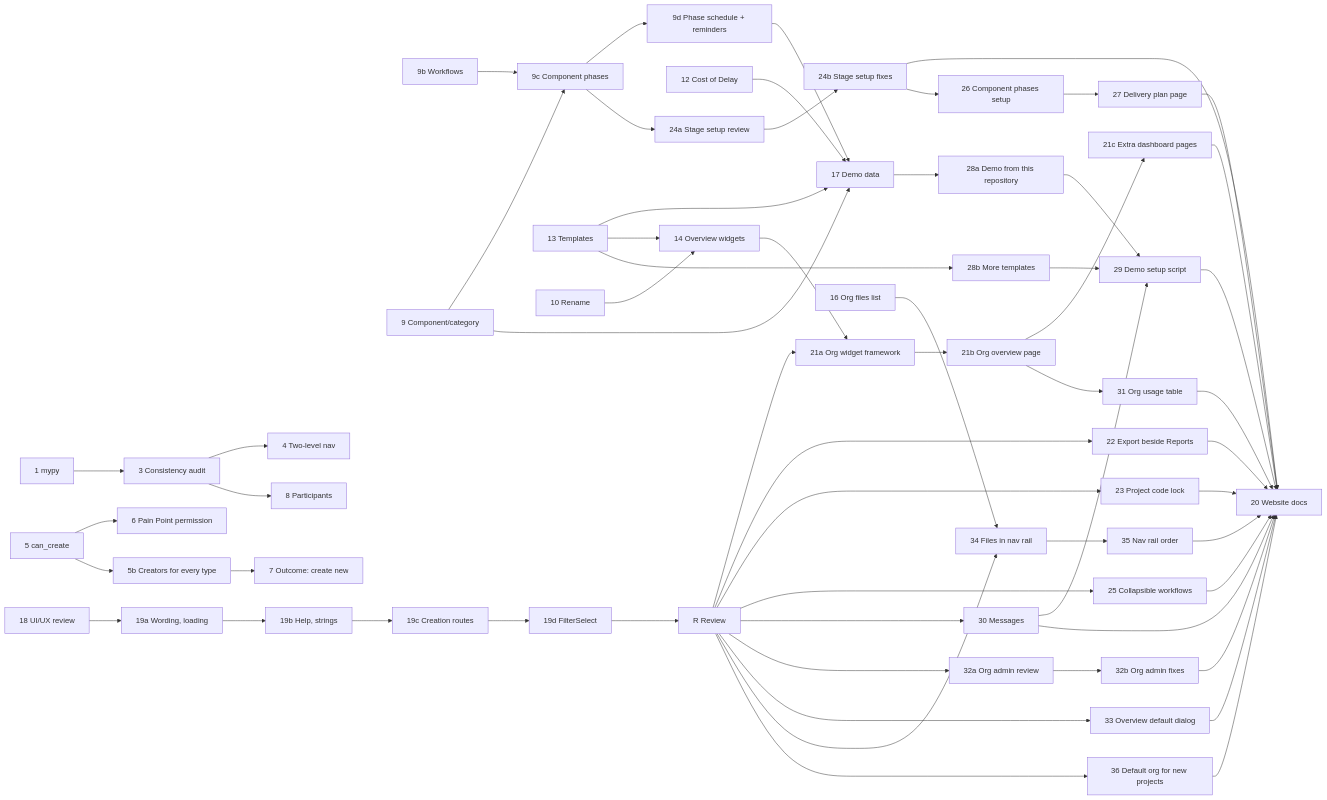
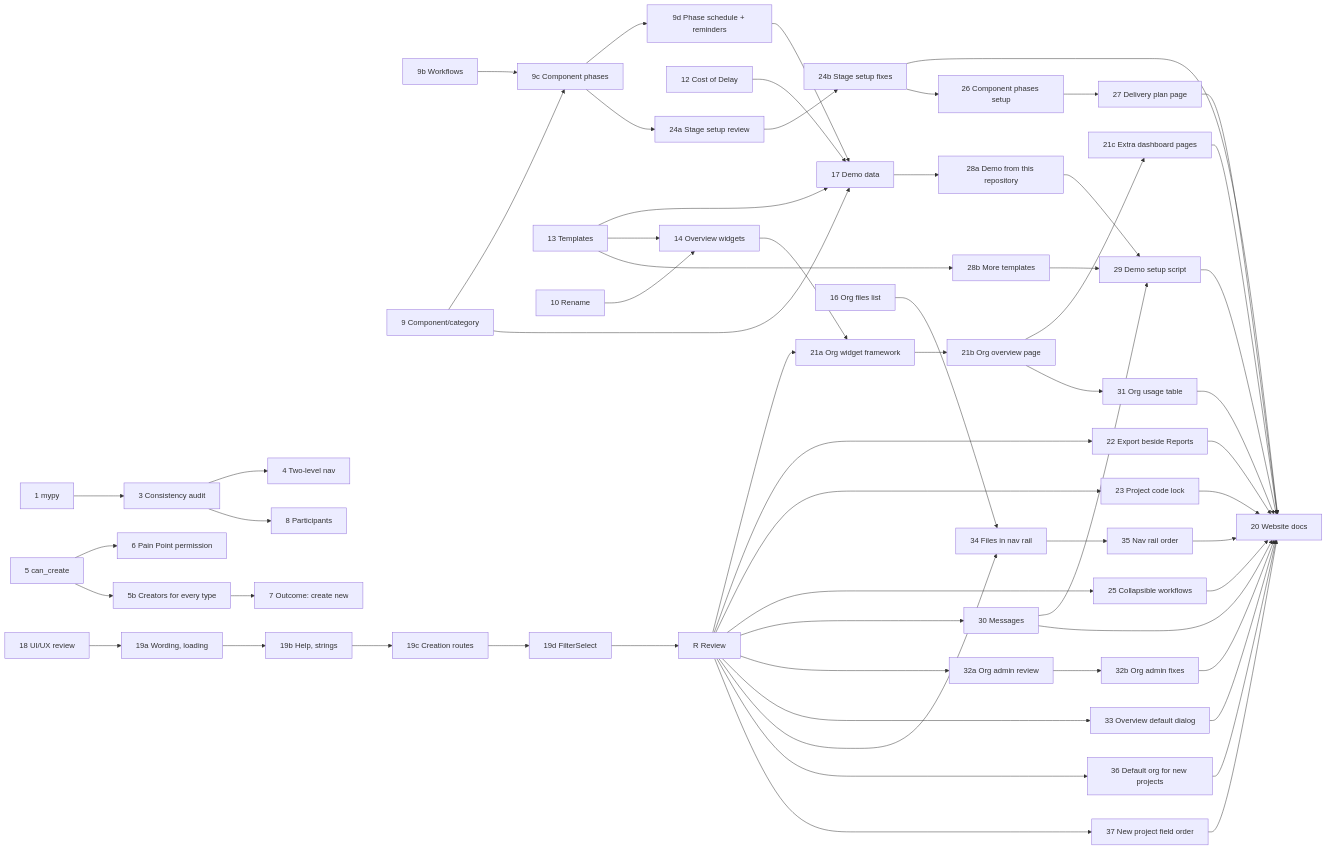
One commit to ballardr/reqtrackmanager changed the diagram in docs/plans/platform-review-2026-11-plan.md. Above: the diagram before and after it, drawn with Mermaid. The commit also changed other lines of this file and 6 other files, not shown here.

````diff
--- a/docs/plans/platform-review-2026-11-plan.md
+++ b/docs/plans/platform-review-2026-11-plan.md
@@ -64,61 +65,63 @@
 ```mermaid
 flowchart LR
     P1["1 mypy"] --> P3["3 Consistency audit"]
     P3 --> P4["4 Two-level nav"]
     P5["5 can_create"] --> P6["6 Pain Point permission"]
     P5 --> P5b["5b Creators for every type"]
     P5b --> P7["7 Outcome: create new"]
     P3 --> P8["8 Participants"]
     P9b["9b Workflows"] --> P9c["9c Component phases"]
     P9["9 Component/category"] --> P9c
     P9 --> P17["17 Demo data"]
     P9c --> P9d["9d Phase schedule + reminders"]
     P9d --> P17
     P12["12 Cost of Delay"] --> P17
     P13["13 Templates"] --> P17
     P10["10 Rename"] --> P14["14 Overview widgets"]
     P13 --> P14
     P18["18 UI/UX review"] --> P19a["19a Wording, loading"]
     P19a --> P19b["19b Help, strings"]
     P19b --> P19c["19c Creation routes"]
     P19c --> P19d["19d FilterSelect"]
     P19d --> PR["R Review"]
     PR --> P21a["21a Org widget framework"]
     P14["14 Overview widgets"] --> P21a
     P21a --> P21b["21b Org overview page"]
     P21b --> P21c["21c Extra dashboard pages"]
     PR --> P22["22 Export beside Reports"]
     PR --> P23["23 Project code lock"]
     P9c["9c Component phases"] --> P24a["24a Stage setup review"]
     P24a --> P24b["24b Stage setup fixes"]
     P21c --> P20["20 Website docs"]
     P22 --> P20
     P23 --> P20
     P24b --> P20
     PR --> P25["25 Collapsible workflows"]
     P24b --> P26["26 Component phases setup"]
     P26 --> P27["27 Delivery plan page"]
     P17["17 Demo data"] --> P28a["28a Demo from this repository"]
     P13["13 Templates"] --> P28b["28b More templates"]
     P28a --> P29["29 Demo setup script"]
     P28b --> P29
     P30["30 Messages"] --> P29
     PR --> P30
     P21b --> P31["31 Org usage table"]
     PR --> P32a["32a Org admin review"]
     P32a --> P32b["32b Org admin fixes"]
     P25 --> P20
     P27 --> P20
     P29 --> P20
     P30 --> P20
     P31 --> P20
     P32b --> P20
     P16["16 Org files list"] --> P34["34 Files in nav rail"]
     PR --> P33["33 Overview default dialog"]
     PR --> P34
     P34 --> P35["35 Nav rail order"]
     P33 --> P20
     P35 --> P20
     PR --> P36["36 Default org for new projects"]
     P36 --> P20
+    PR --> P37["37 New project field order"]
+    P37 --> P20
 ```
````
